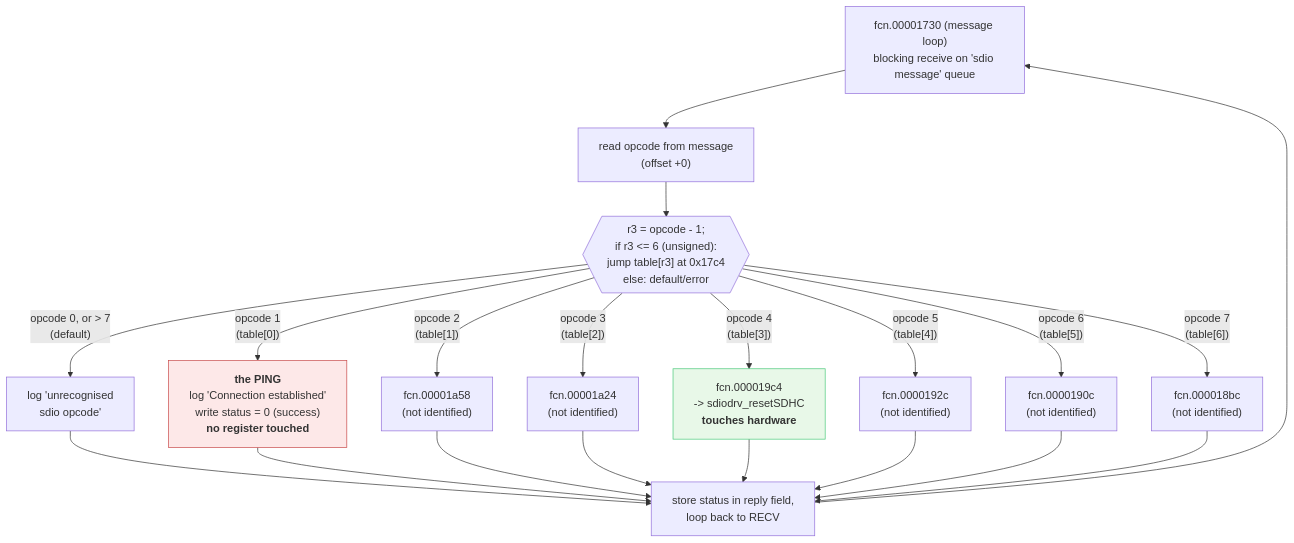
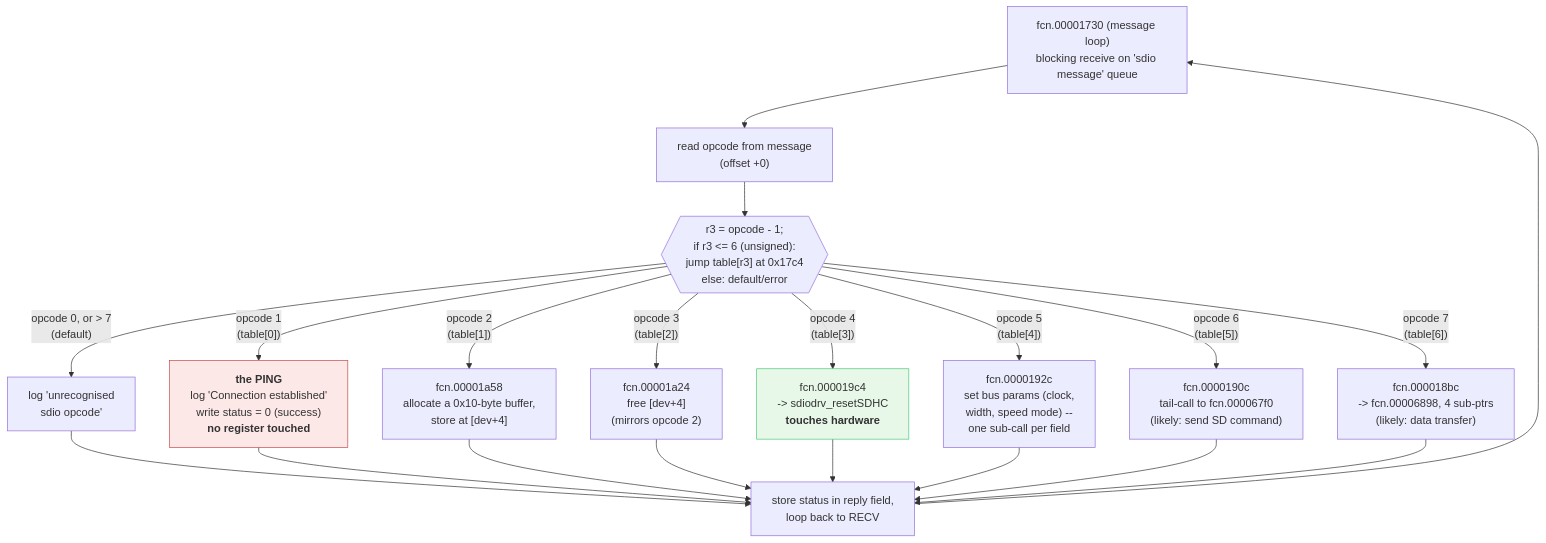
Before and after one commit to SebE585/trognon: the second of 2 diagrams in docs/research/2026-10-16-wifi-iop-architecture.md, drawn with Mermaid. The commit also changed other lines of this file, not shown here.

First line of the commit message:
research: map all 7 IOP switch opcodes, trace the transport one step further

````diff
--- a/docs/research/2026-10-16-wifi-iop-architecture.md
+++ b/docs/research/2026-10-16-wifi-iop-architecture.md
@@ -308,32 +333,32 @@
 ```mermaid
 flowchart TD
     RECV["fcn.00001730 (message loop)<br/>blocking receive on 'sdio message' queue"]
     OP["read opcode from message<br/>(offset +0)"]
     SW{{"r3 = opcode - 1;<br/>if r3 &lt;= 6 (unsigned):<br/>jump table[r3] at 0x17c4<br/>else: default/error"}}
 
     RECV --> OP --> SW
 
     SW -- "opcode 0, or &gt; 7<br/>(default)" --> ERR["log 'unrecognised<br/>sdio opcode'"]
     SW -- "opcode 1<br/>(table[0])" --> C0
-    SW -- "opcode 2<br/>(table[1])" --> C1["fcn.00001a58<br/>(not identified)"]
-    SW -- "opcode 3<br/>(table[2])" --> C2["fcn.00001a24<br/>(not identified)"]
+    SW -- "opcode 2<br/>(table[1])" --> C1["fcn.00001a58<br/>allocate a 0x10-byte buffer,<br/>store at [dev+4]"]
+    SW -- "opcode 3<br/>(table[2])" --> C2["fcn.00001a24<br/>free [dev+4]<br/>(mirrors opcode 2)"]
     SW -- "opcode 4<br/>(table[3])" --> C3["fcn.000019c4<br/>-> sdiodrv_resetSDHC<br/><b>touches hardware</b>"]
-    SW -- "opcode 5<br/>(table[4])" --> C4["fcn.0000192c<br/>(not identified)"]
-    SW -- "opcode 6<br/>(table[5])" --> C5["fcn.0000190c<br/>(not identified)"]
-    SW -- "opcode 7<br/>(table[6])" --> C6["fcn.000018bc<br/>(not identified)"]
+    SW -- "opcode 5<br/>(table[4])" --> C4["fcn.0000192c<br/>set bus params (clock,<br/>width, speed mode) --<br/>one sub-call per field"]
+    SW -- "opcode 6<br/>(table[5])" --> C5["fcn.0000190c<br/>tail-call to fcn.000067f0<br/>(likely: send SD command)"]
+    SW -- "opcode 7<br/>(table[6])" --> C6["fcn.000018bc<br/>-> fcn.00006898, 4 sub-ptrs<br/>(likely: data transfer)"]
 
     C0["<b>the PING</b><br/>log 'Connection established'<br/>write status = 0 (success)<br/><b>no register touched</b>"]
 
     ERR --> LOOP
     C0 --> LOOP["store status in reply field,<br/>loop back to RECV"]
     C1 --> LOOP
     C2 --> LOOP
     C3 --> LOOP
     C4 --> LOOP
     C5 --> LOOP
     C6 --> LOOP
     LOOP --> RECV
 
     style C0 fill:#fde8e8,stroke:#c94a4a
     style C3 fill:#e8f8e8,stroke:#4ac97a
 ```
````
